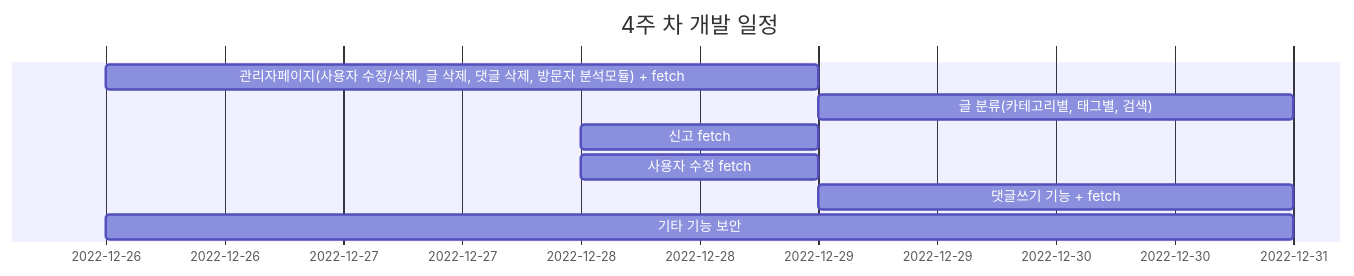
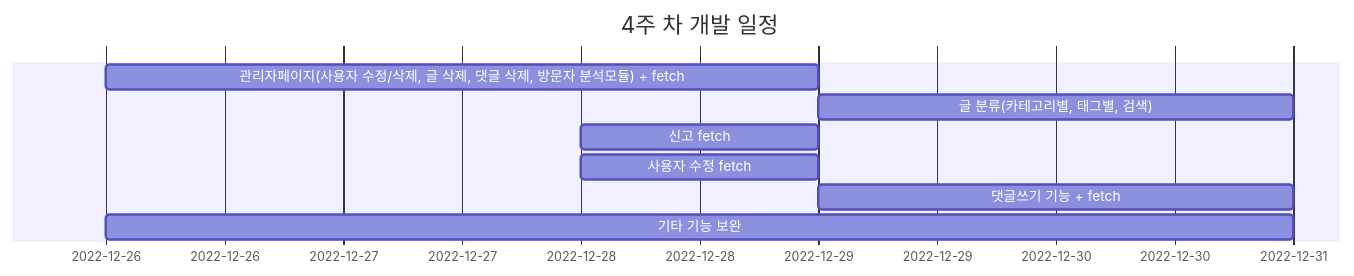
One commit to TEAM-ACO/.github changed the diagram in profile/README.md. Above: the diagram before and after it, drawn with Mermaid.

````diff
--- a/profile/README.md
+++ b/profile/README.md
@@ -1,12 +1,12 @@
 ```mermaid
 gantt
     title 4주 차 개발 일정
     dateFormat  YYYY-MM-DD
     
     관리자페이지(사용자 수정/삭제, 글 삭제, 댓글 삭제, 방문자 분석모듈) + fetch           :a1,  2022-12-26, 3d
     글 분류(카테고리별, 태그별, 검색) : a1, 2022-12-29, 2d
     신고 fetch : a1, 2022-12-28, 1d
     사용자 수정 fetch: a1, 2022-12-28, 1d
     댓글쓰기 기능 + fetch :a1, 2022-12-29, 2d
-    기타 기능 보안 : a1, 2022-12-26, 5d
+    기타 기능 보완 : a1, 2022-12-26, 5d
 ```    
````
